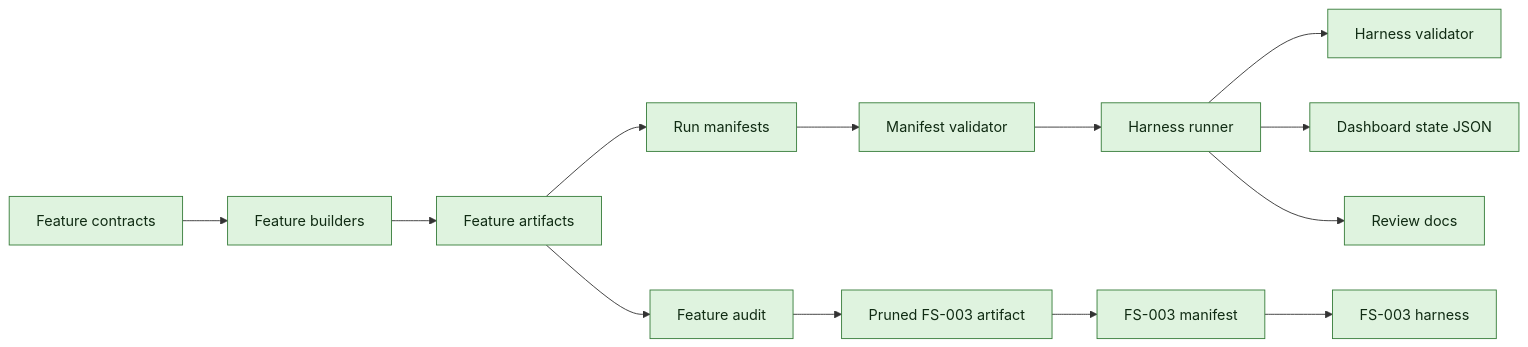
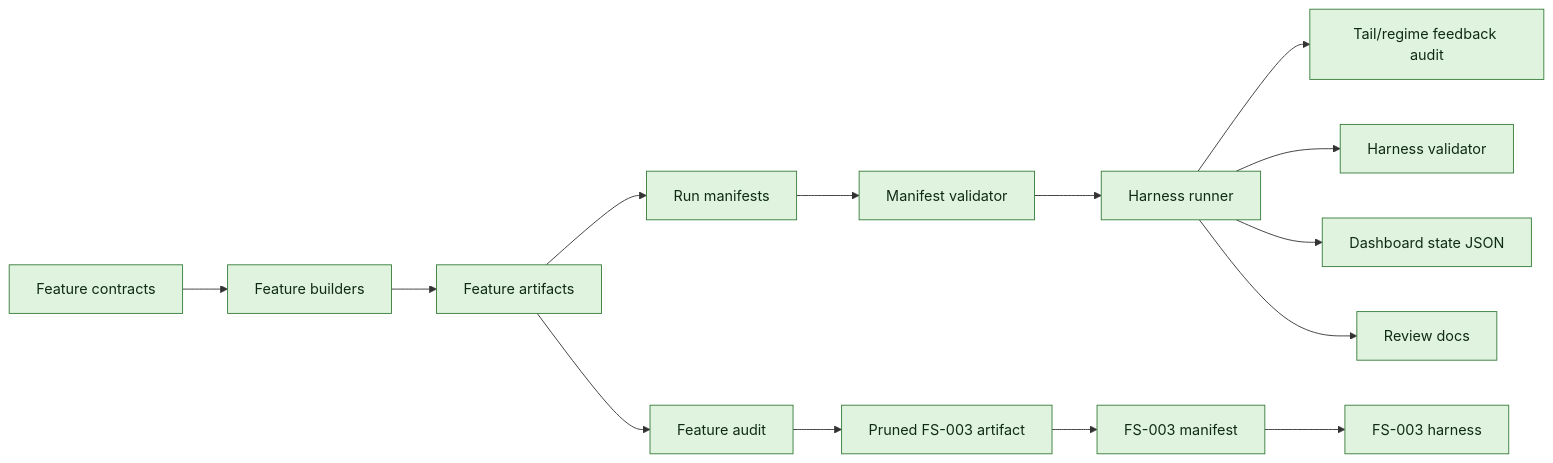
One commit to jiancchen/SlateAi changed the third of 4 diagrams in run-plans/mlb/2026-06-03-mlb-m3-alpha-state-progress.md. Above: the diagram before and after it, drawn with Mermaid. The commit also changed other lines of this file and 13 other files, not shown here.

First line of the commit message:
Add FS-004 tail regime audit

````diff
--- a/run-plans/mlb/2026-06-03-mlb-m3-alpha-state-progress.md
+++ b/run-plans/mlb/2026-06-03-mlb-m3-alpha-state-progress.md
@@ -268,18 +304,19 @@
 ```mermaid
 flowchart LR
   C1["Feature contracts"] --> B1["Feature builders"]
   B1 --> A1["Feature artifacts"]
   A1 --> M1["Run manifests"]
   M1 --> V1["Manifest validator"]
   V1 --> H1["Harness runner"]
+  H1 --> TAIL["Tail/regime feedback audit"]
   H1 --> HV["Harness validator"]
   H1 --> D1["Dashboard state JSON"]
   H1 --> R1["Review docs"]
   A1 --> AUD["Feature audit"]
   AUD --> A2["Pruned FS-003 artifact"]
   A2 --> M2["FS-003 manifest"]
   M2 --> H2["FS-003 harness"]
 
   classDef live fill:#dff3df,stroke:#367c39,color:#102b13;
-  class C1,B1,A1,M1,V1,H1,HV,D1,R1,AUD,A2,M2,H2 live;
+  class C1,B1,A1,M1,V1,H1,TAIL,HV,D1,R1,AUD,A2,M2,H2 live;
 ```
````
